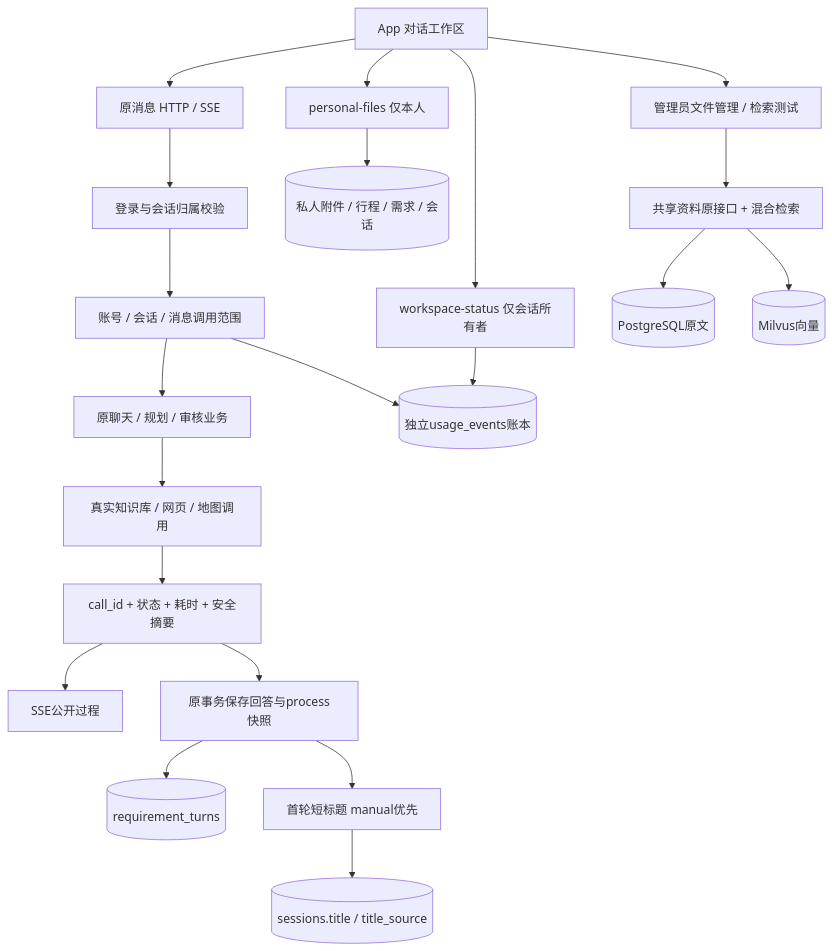
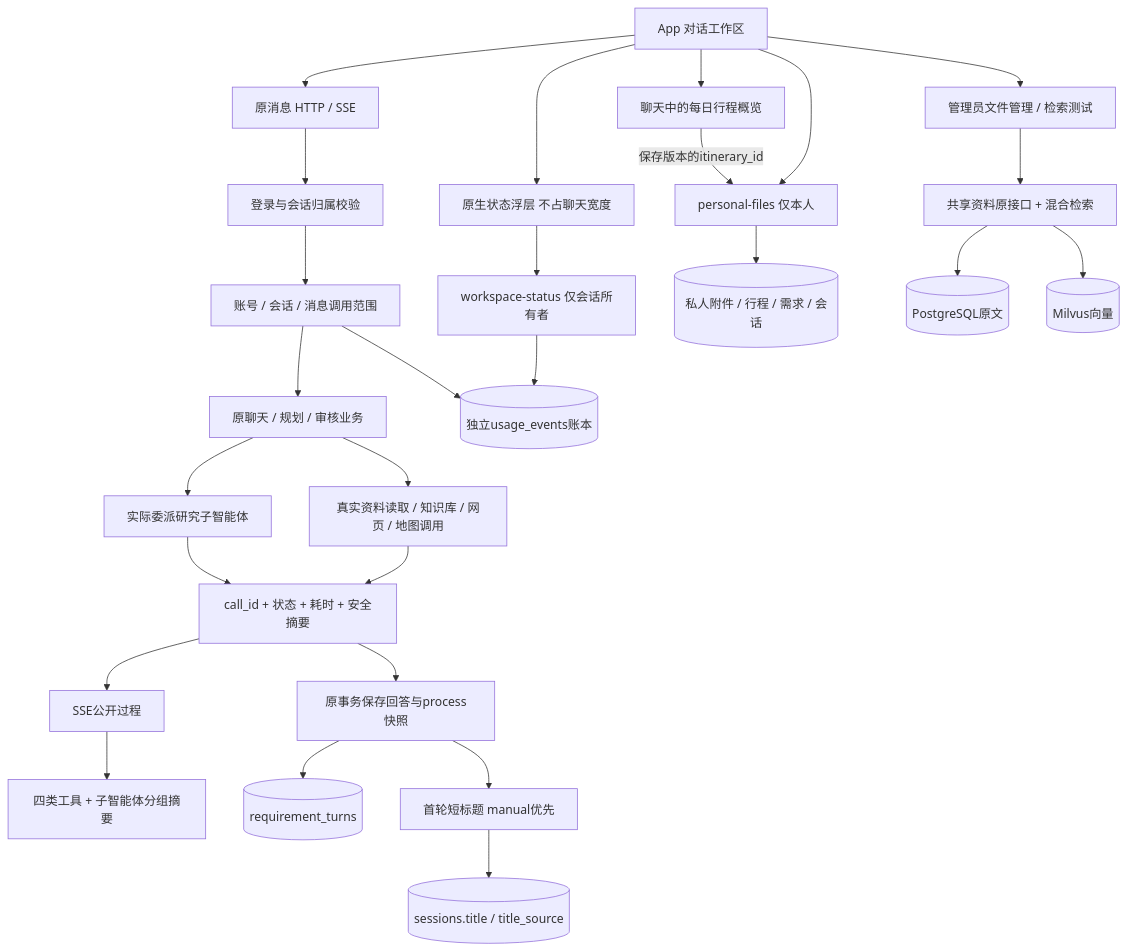
Before and after one commit to Charlie-acher/TravelMindAI: diagram 24 of 24 in docs/08-架构设计说明.md, drawn with Mermaid. The commit also changed other lines of this file and 21 other files, not shown here.

````diff
--- a/docs/08-架构设计说明.md
+++ b/docs/08-架构设计说明.md
@@ -2349,23 +2353,29 @@
 ```mermaid
 flowchart TD
     UI[App 对话工作区] --> Chat[原消息 HTTP / SSE]
     Chat --> Owner[登录与会话归属校验]
     Owner --> Scope[账号 / 会话 / 消息调用范围]
     Scope --> Business[原聊天 / 规划 / 审核业务]
-    Business --> Tools[真实知识库 / 网页 / 地图调用]
+    Business --> Tools[真实资料读取 / 知识库 / 网页 / 地图调用]
+    Business --> Research[实际委派研究子智能体]
+    Research --> Events
     Tools --> Events[call_id + 状态 + 耗时 + 安全摘要]
     Events --> Stream[SSE公开过程]
+    Stream --> Groups[四类工具 + 子智能体分组摘要]
     Events --> Save[原事务保存回答与process快照]
     Save --> Turns[(requirement_turns)]
     Save --> Title[首轮短标题 manual优先]
     Title --> Sessions[(sessions.title / title_source)]
     Scope --> Ledger[(独立usage_events账本)]
-    UI --> Status[workspace-status 仅会话所有者]
+    UI --> Popover[原生状态浮层 不占聊天宽度]
+    Popover --> Status[workspace-status 仅会话所有者]
     Status --> Ledger
-    UI --> Files[personal-files 仅本人]
+    UI --> Summary[聊天中的每日行程概览]
+    Summary -->|保存版本的itinerary_id| Files[personal-files 仅本人]
+    UI --> Files
     Files --> Existing[(私人附件 / 行程 / 需求 / 会话)]
     UI --> KB[管理员文件管理 / 检索测试]
     KB --> Search[共享资料原接口 + 混合检索]
     Search --> PG[(PostgreSQL原文)]
     Search --> MV[(Milvus向量)]
 ```
````
